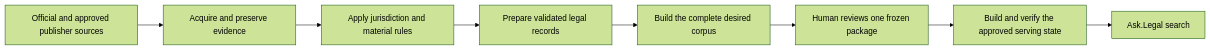
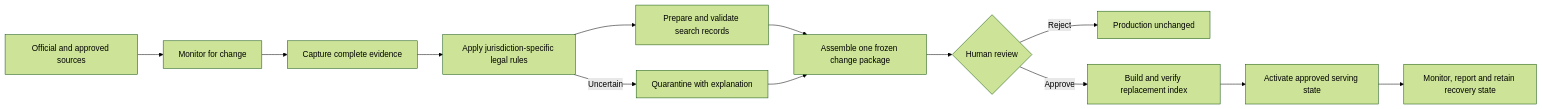
Before and after one commit to stevw-repo/AutonomousLCP: the diagram in README.md, drawn with Mermaid (forest theme). The commit also changed other lines of this file and 2 other files, not shown here.

Commit message:
Describe the complete pipeline vision

````diff
--- a/README.md
+++ b/README.md
@@ -789,13 +16,15 @@
 ```mermaid
 flowchart LR
-    S["Official and approved publisher sources"]
-    A["Acquire and preserve evidence"]
-    D["Apply jurisdiction and material rules"]
-    P["Prepare validated legal records"]
-    C["Build the complete desired corpus"]
-    R["Human reviews one frozen package"]
-    V["Build and verify the approved serving state"]
-    Q["Ask.Legal search"]
-
-    S --> A --> D --> P --> C --> R --> V --> Q
+    A[Official and approved sources] --> B[Monitor for change]
+    B --> C[Capture complete evidence]
+    C --> D[Apply jurisdiction-specific legal rules]
+    D --> E[Prepare and validate search records]
+    E --> F[Assemble one frozen change package]
+    F --> G{Human review}
+    G -->|Reject| H[Production unchanged]
+    G -->|Approve| I[Build and verify replacement index]
+    I --> J[Activate approved serving state]
+    J --> K[Monitor, report and retain recovery state]
+    D -->|Uncertain| L[Quarantine with explanation]
+    L --> F
 ```
````
